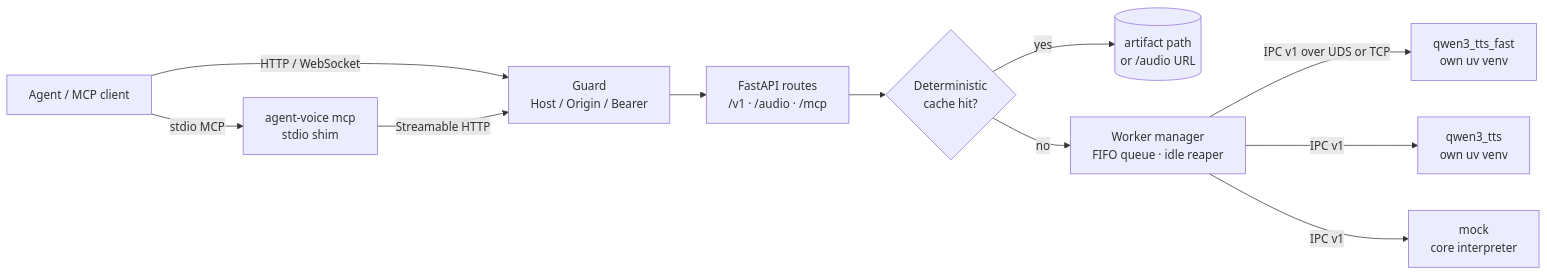
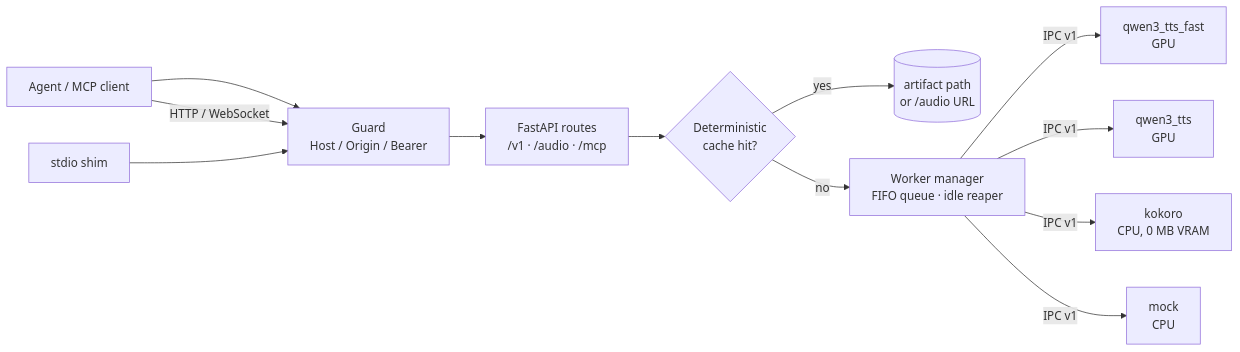
One commit to 000jd/agent-voice changed the diagram in README.md. Above: the diagram before and after it, drawn with Mermaid. The commit also changed other lines of this file and 48 other files, not shown here.

Commit message:
v0.4.0: markup, Kokoro CPU engine, scoped lexicons

````diff
--- a/README.md
+++ b/README.md
@@ -182,23 +218,14 @@
 ```mermaid
 flowchart LR
-    A[Agent / MCP client]
-    S[agent-voice mcp<br/>stdio shim]
-    G[Guard<br/>Host / Origin / Bearer]
-    R[FastAPI routes<br/>/v1 · /audio · /mcp]
-    C{Deterministic<br/>cache hit?}
-    O[(artifact path<br/>or /audio URL)]
-    W[Worker manager<br/>FIFO queue · idle reaper]
-    E1[qwen3_tts_fast<br/>own uv venv]
-    E2[qwen3_tts<br/>own uv venv]
-    E3[mock<br/>core interpreter]
-    A -->|stdio MCP| S
+    A[Agent / MCP client] --> G[Guard<br/>Host / Origin / Bearer]
+    S[stdio shim] --> G
     A -->|HTTP / WebSocket| G
-    S -->|Streamable HTTP| G
-    G --> R
-    R --> C
-    C -->|yes| O
-    C -->|no| W
-    W -->|IPC v1 over UDS or TCP| E1
-    W -->|IPC v1| E2
-    W -->|IPC v1| E3
+    G --> R[FastAPI routes<br/>/v1 · /audio · /mcp]
+    R --> C{Deterministic<br/>cache hit?}
+    C -->|yes| O[(artifact path<br/>or /audio URL)]
+    C -->|no| W[Worker manager<br/>FIFO queue · idle reaper]
+    W -->|IPC v1| E1[qwen3_tts_fast<br/>GPU]
+    W -->|IPC v1| E2[qwen3_tts<br/>GPU]
+    W -->|IPC v1| E3[kokoro<br/>CPU, 0 MB VRAM]
+    W -->|IPC v1| E4[mock<br/>CPU]
 ```
````
